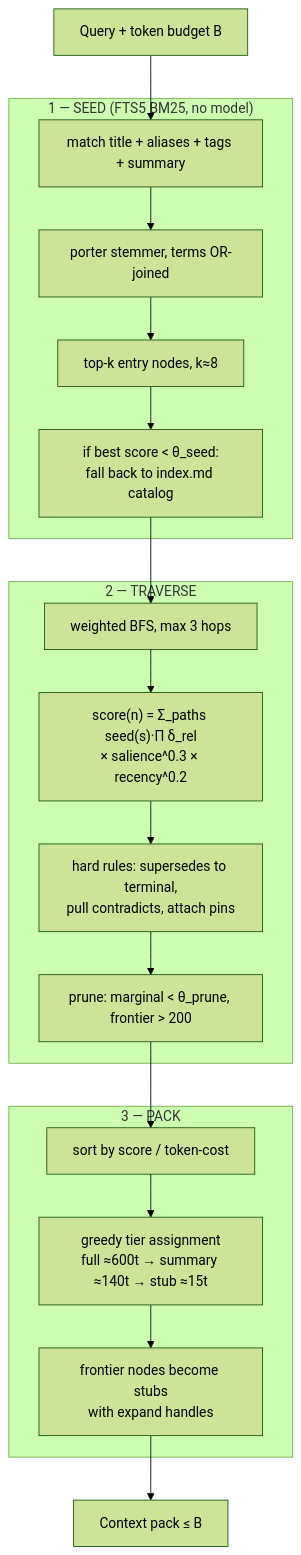
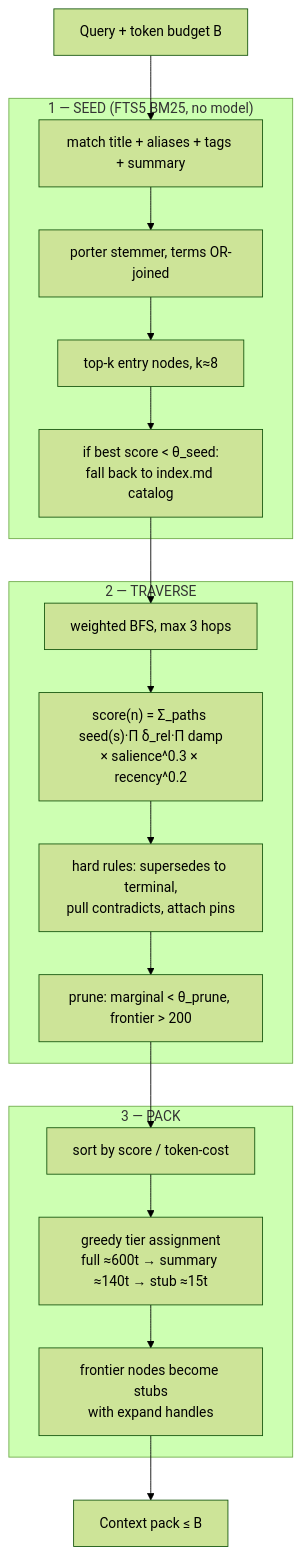
One commit to mars-flat/brain changed the first of 2 diagrams in architecture/06-brain-runtime.md. Above: the diagram before and after it, drawn with Mermaid (forest theme). The commit also changed other lines of this file and 7 other files, not shown here.

````diff
--- a/architecture/06-brain-runtime.md
+++ b/architecture/06-brain-runtime.md
@@ -7,26 +7,26 @@
 ```mermaid
 flowchart TB
     Q["Query + token budget B"]
 
     subgraph Seed["1 — SEED (FTS5 BM25, no model)"]
         F1["match title + aliases + tags + summary"]
         F2["porter stemmer, terms OR-joined"]
         F3["top-k entry nodes, k≈8"]
         F4["if best score &lt; θ_seed:<br/>fall back to index.md catalog"]
     end
 
     subgraph Trav["2 — TRAVERSE"]
         B1["weighted BFS, max 3 hops"]
-        B2["score(n) = Σ_paths seed(s)·Π δ_rel<br/>× salience^0.3 × recency^0.2"]
+        B2["score(n) = Σ_paths seed(s)·Π δ_rel·Π damp<br/>× salience^0.3 × recency^0.2"]
         B3["hard rules: supersedes to terminal,<br/>pull contradicts, attach pins"]
         B4["prune: marginal &lt; θ_prune, frontier &gt; 200"]
     end
 
     subgraph Pack["3 — PACK"]
         K1["sort by score / token-cost"]
         K2["greedy tier assignment<br/>full ≈600t → summary ≈140t → stub ≈15t"]
         K3["frontier nodes become stubs<br/>with expand handles"]
     end
 
     Q --> F1 --> F2 --> F3 --> F4 --> B1 --> B2 --> B3 --> B4 --> K1 --> K2 --> K3 --> OUT["Context pack ≤ B"]
 ```
````
